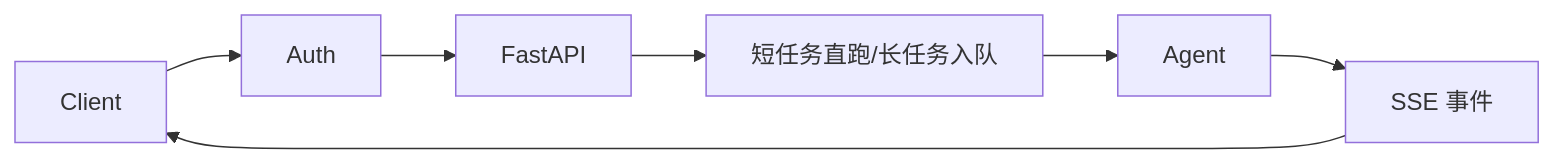
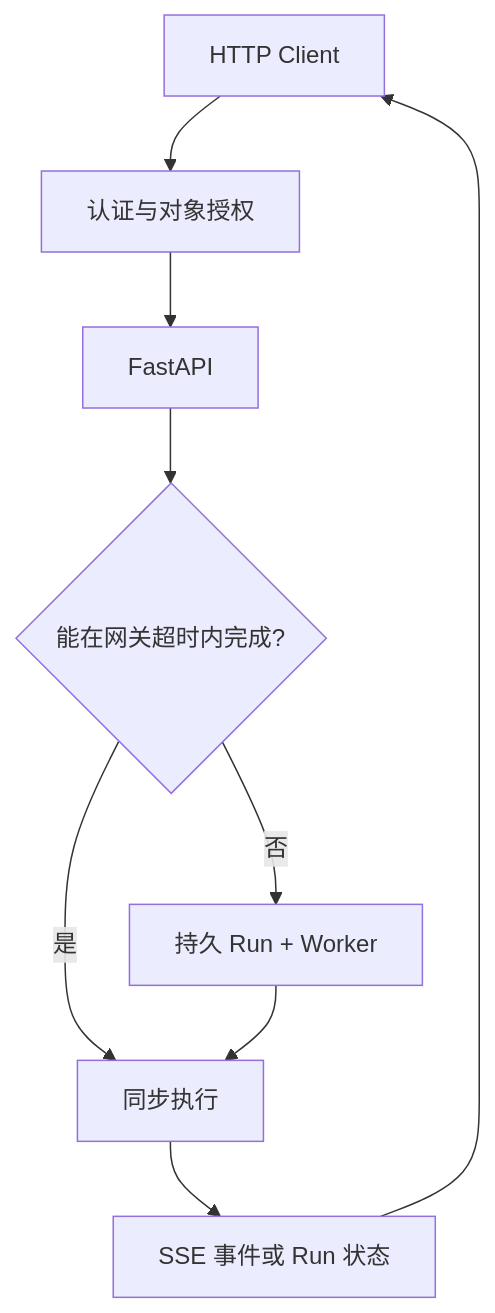
One commit to wujinjun/ai-agent-book changed the first of 5 diagrams in docs/part-05-engineering/ch24-fastapi.md. Above: the diagram before and after it, drawn with Mermaid. The commit also changed other lines of this file and 536 other files, not shown here.

````diff
--- a/docs/part-05-engineering/ch24-fastapi.md
+++ b/docs/part-05-engineering/ch24-fastapi.md
@@ -22,8 +24,14 @@
 ```mermaid
 %% id: fastapi-agent-service-architecture
 %% title: FastAPI Agent 服务架构
 %% alt: 客户端经鉴权进入 FastAPI，短任务直接执行长任务进入队列，并通过 SSE 接收 Agent 事件
-flowchart LR
-    Client --> Auth --> API["FastAPI"] --> Queue["短任务直跑/长任务入队"] --> Agent
-    Agent --> SSE["SSE 事件"] --> Client
+flowchart TB
+    Client["HTTP Client"] --> Auth["认证与对象授权"]
+    Auth --> API["FastAPI"]
+    API --> Route{"能在网关超时内完成?"}
+    Route -->|是| Agent["同步执行"]
+    Route -->|否| Queue["持久 Run + Worker"]
+    Queue --> Agent
+    Agent --> Events["SSE 事件或 Run 状态"]
+    Events --> Client
 ```
````
